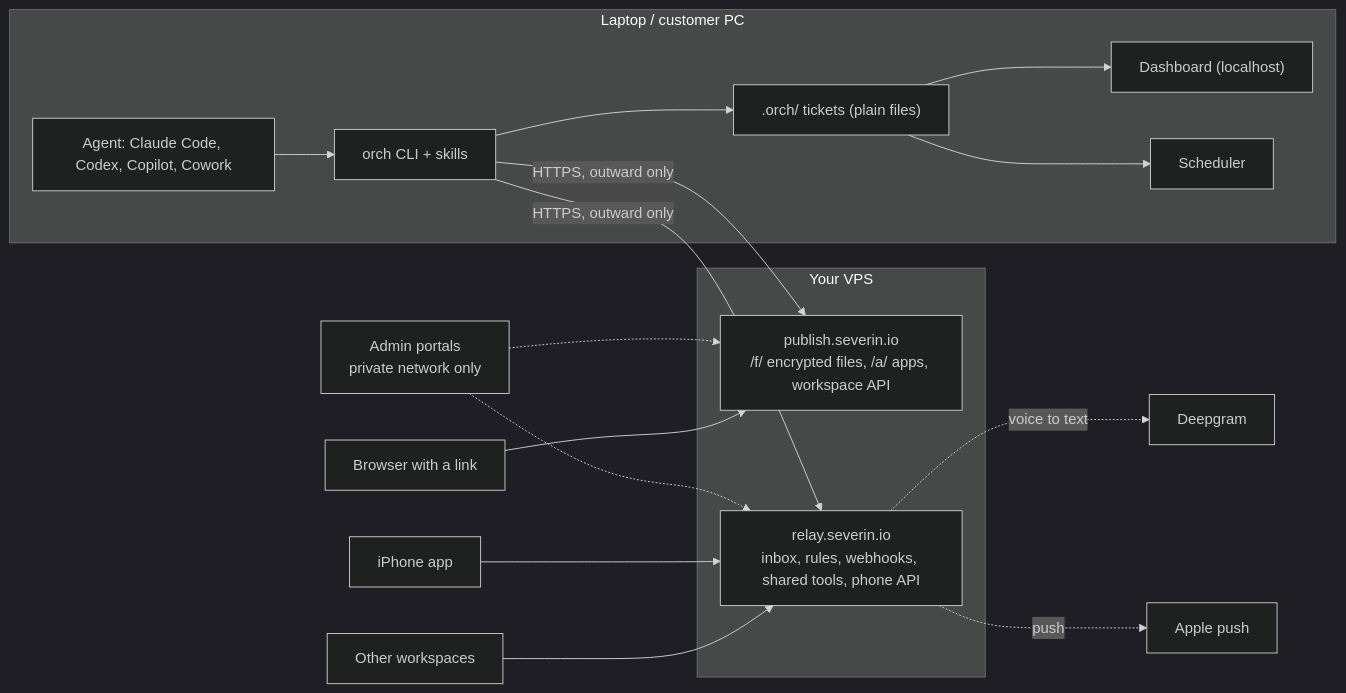
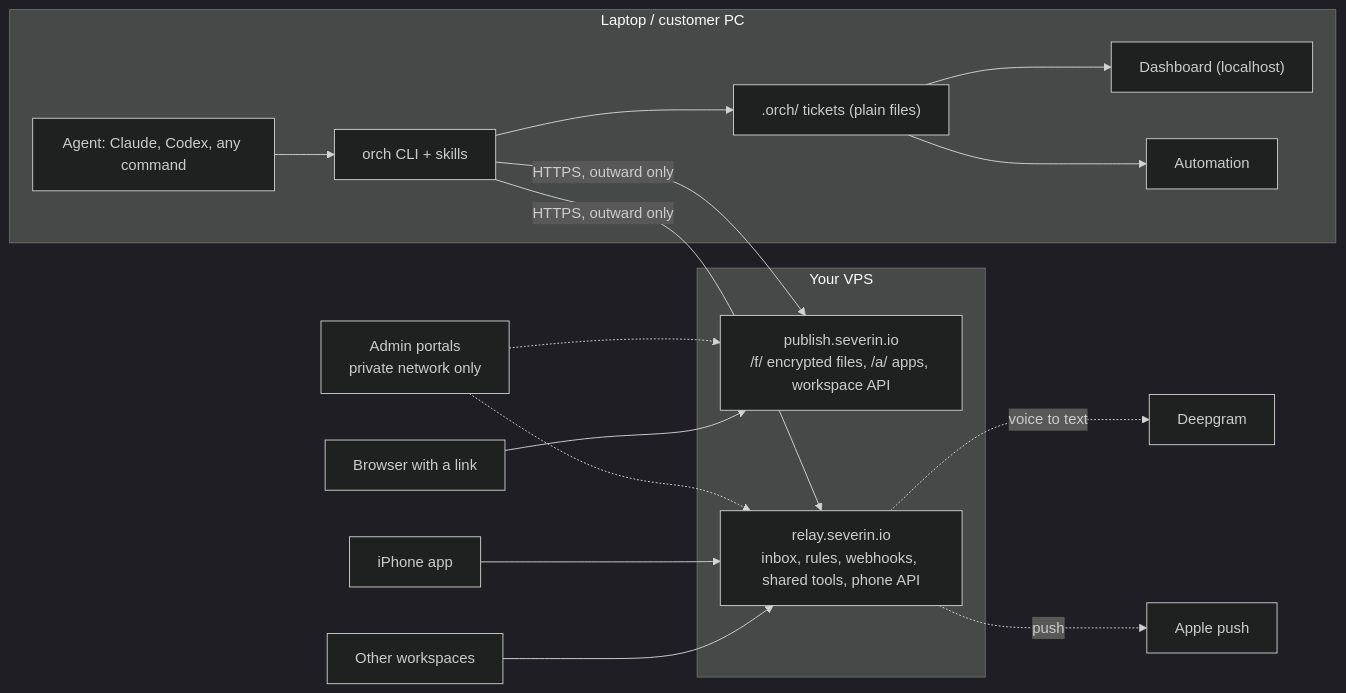
Before and after one commit to severinlindenmann/orch: the diagram in README.md, drawn with Mermaid (dark theme). The commit also changed other lines of this file and 7 other files, not shown here.

````diff
--- a/README.md
+++ b/README.md
@@ -44,22 +44,22 @@
 ```mermaid
 flowchart LR
   subgraph PC["Laptop / customer PC"]
-    AG["Agent: Claude Code, Codex, Copilot, Cowork"] --> CLI["orch CLI + skills"]
+    AG["Agent: Claude, Codex, any command"] --> CLI["orch CLI + skills"]
     CLI --> FILES[".orch/ tickets (plain files)"]
     FILES --> DASH["Dashboard (localhost)"]
-    FILES --> SCHED["Scheduler"]
+    FILES --> SCHED["Automation"]
   end
   subgraph VPS["Your VPS"]
     PUB["publish.severin.io<br/>/f/ encrypted files, /a/ apps, workspace API"]
     REL["relay.severin.io<br/>inbox, rules, webhooks, shared tools, phone API"]
   end
   CLI -- "HTTPS, outward only" --> PUB
   CLI -- "HTTPS, outward only" --> REL
   BR["Browser with a link"] --> PUB
   OTHER["Other workspaces"] --> REL
   PHONE["iPhone app"] --> REL
   REL -. "voice to text" .-> DG["Deepgram"]
   REL -. "push" .-> APNS["Apple push"]
   ADMIN["Admin portals<br/>private network only"] -.-> PUB
   ADMIN -.-> REL
 ```
````
